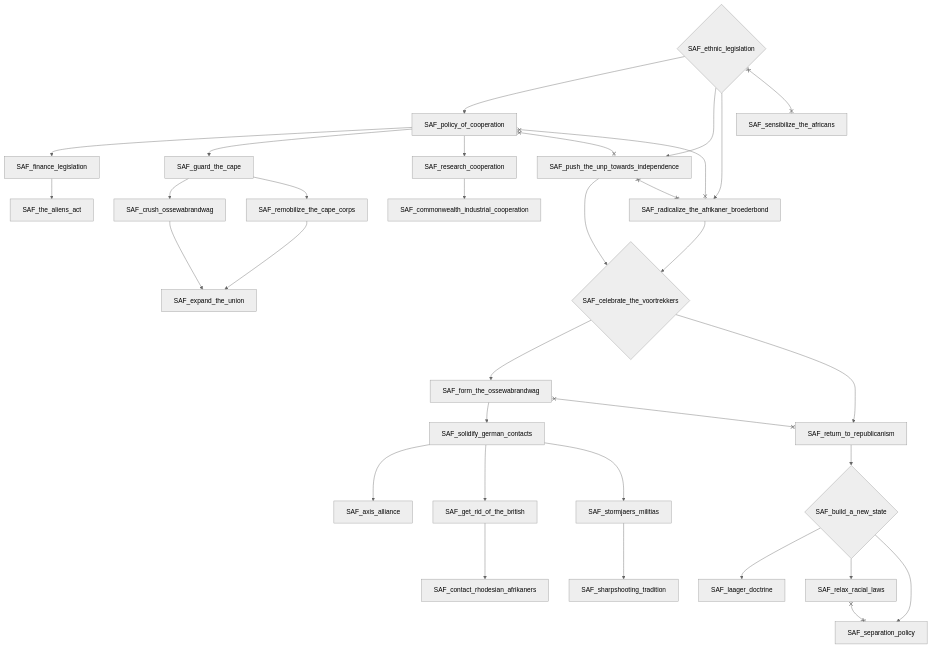
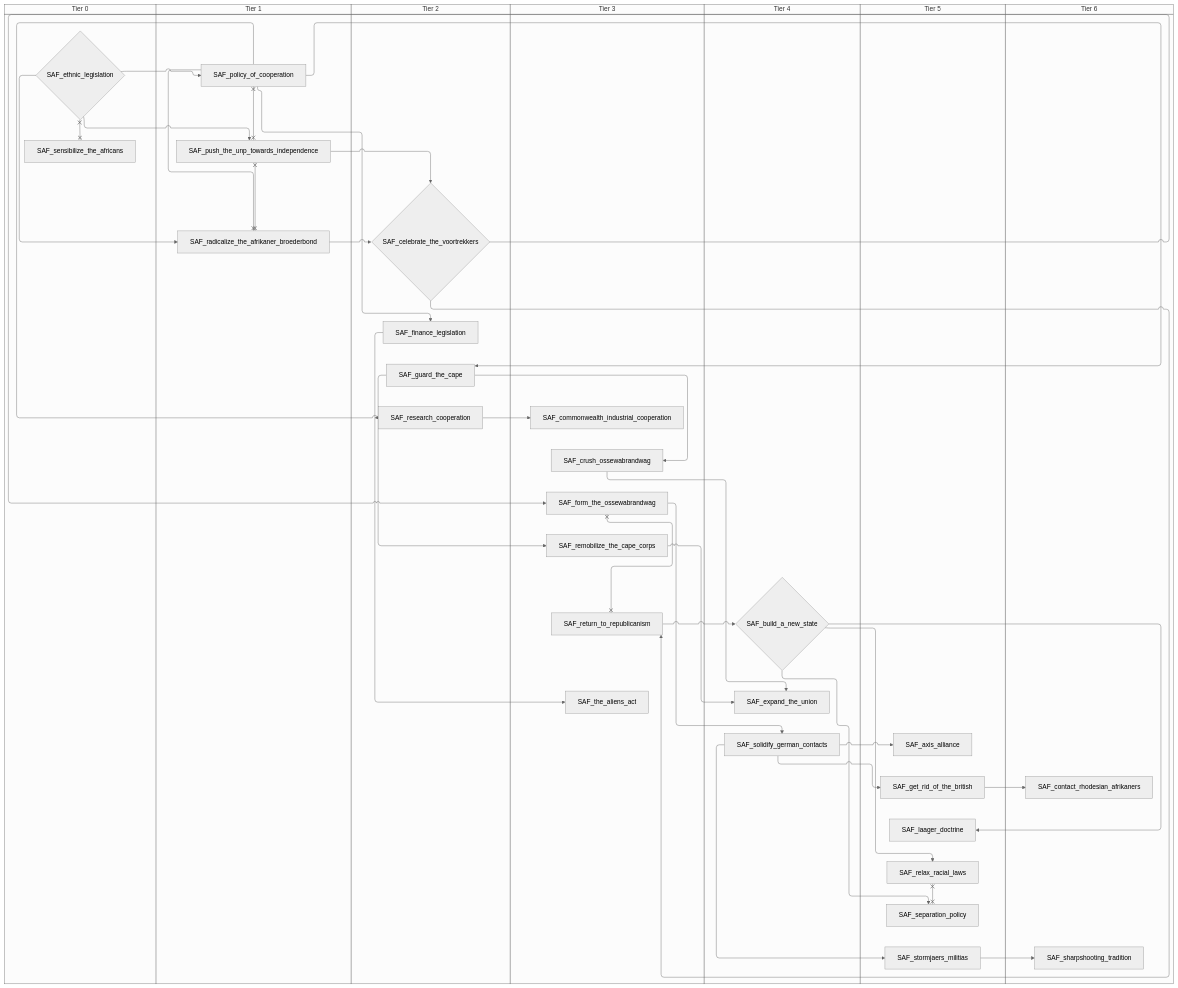
The third of 6 diagrams in docs/gdd/National Focuses/south_africa.md (evgeny-sobol/hoi4-sandbox-mode-r56), drawn with Mermaid (neutral theme) before and after one commit. The commit also changed other lines of this file and 423 other files, not shown here.

First line of the commit message:
Re-export Rt56 focus trees as swimlane diagrams

````diff
--- a/docs/gdd/National Focuses/south_africa.md
+++ b/docs/gdd/National Focuses/south_africa.md
@@ -73,61 +95,75 @@
 ```mermaid
-flowchart TD
-    n23["SAF_axis_alliance"]
-    n24{"SAF_build_a_new_state"}
-    n25{"SAF_celebrate_the_voortrekkers"}
-    n26["SAF_commonwealth_industrial_cooperation"]
-    n27["SAF_contact_rhodesian_afrikaners"]
-    n28["SAF_crush_ossewabrandwag"]
-    n29{"SAF_ethnic_legislation"}
-    n30["SAF_expand_the_union"]
-    n31["SAF_finance_legislation"]
-    n32["SAF_form_the_ossewabrandwag"]
-    n33["SAF_get_rid_of_the_british"]
-    n34["SAF_guard_the_cape"]
-    n35["SAF_laager_doctrine"]
-    n36["SAF_policy_of_cooperation"]
-    n37["SAF_push_the_unp_towards_independence"]
-    n38["SAF_radicalize_the_afrikaner_broederbond"]
-    n39["SAF_relax_racial_laws"]
-    n40["SAF_remobilize_the_cape_corps"]
-    n41["SAF_research_cooperation"]
-    n42["SAF_return_to_republicanism"]
-    n43["SAF_sensibilize_the_africans"]
-    n44["SAF_separation_policy"]
-    n45["SAF_sharpshooting_tradition"]
-    n46["SAF_solidify_german_contacts"]
-    n47["SAF_stormjaers_militias"]
-    n48["SAF_the_aliens_act"]
-    n46 --> n23
-    n42 --> n24
-    n38 --> n25
-    n37 --> n25
-    n41 --> n26
-    n33 --> n27
-    n34 --> n28
-    n40 --> n30
-    n28 --> n30
-    n36 --> n31
-    n25 --> n32
-    n46 --> n33
-    n36 --> n34
-    n24 --> n35
-    n29 --> n36
+swimlane-beta TD
+    subgraph tier_0["Tier 0"]
+        n23{"SAF_ethnic_legislation"}
+        n24["SAF_sensibilize_the_africans"]
+    end
+    subgraph tier_1["Tier 1"]
+        n25["SAF_policy_of_cooperation"]
+        n26["SAF_push_the_unp_towards_independence"]
+        n27["SAF_radicalize_the_afrikaner_broederbond"]
+    end
+    subgraph tier_2["Tier 2"]
+        n28{"SAF_celebrate_the_voortrekkers"}
+        n29["SAF_finance_legislation"]
+        n30["SAF_guard_the_cape"]
+        n31["SAF_research_cooperation"]
+    end
+    subgraph tier_3["Tier 3"]
+        n32["SAF_commonwealth_industrial_cooperation"]
+        n33["SAF_crush_ossewabrandwag"]
+        n34["SAF_form_the_ossewabrandwag"]
+        n35["SAF_remobilize_the_cape_corps"]
+        n36["SAF_return_to_republicanism"]
+        n37["SAF_the_aliens_act"]
+    end
+    subgraph tier_4["Tier 4"]
+        n38{"SAF_build_a_new_state"}
+        n39["SAF_expand_the_union"]
+        n40["SAF_solidify_german_contacts"]
+    end
+    subgraph tier_5["Tier 5"]
+        n41["SAF_axis_alliance"]
+        n42["SAF_get_rid_of_the_british"]
+        n43["SAF_laager_doctrine"]
+        n44["SAF_relax_racial_laws"]
+        n45["SAF_separation_policy"]
+        n46["SAF_stormjaers_militias"]
+    end
+    subgraph tier_6["Tier 6"]
+        n47["SAF_contact_rhodesian_afrikaners"]
+        n48["SAF_sharpshooting_tradition"]
+    end
+    n40 --> n41
+    n36 --> n38
+    n27 --> n28
+    n26 --> n28
+    n31 --> n32
+    n42 --> n47
+    n30 --> n33
+    n35 --> n39
+    n33 --> n39
+    n25 --> n29
+    n28 --> n34
+    n40 --> n42
+    n25 --> n30
+    n38 --> n43
+    n23 --> n25
+    n23 --> n26
+    n23 --> n27
+    n38 --> n44
+    n30 --> n35
+    n25 --> n31
+    n28 --> n36
+    n38 --> n45
+    n46 --> n48
+    n34 --> n40
+    n40 --> n46
     n29 --> n37
-    n29 --> n38
-    n24 --> n39
-    n34 --> n40
-    n36 --> n41
-    n25 --> n42
-    n24 --> n44
-    n47 --> n45
-    n32 --> n46
-    n46 --> n47
-    n31 --> n48
-    n29 x--x n43
-    n32 x--x n42
-    n36 x--x n37
-    n36 x--x n38
-    n37 x--x n38
-    n39 x--x n44
+    n23 x--x n24
+    n34 x--x n36
+    n25 x--x n26
+    n25 x--x n27
+    n26 x--x n27
+    n44 x--x n45
 ```
````
